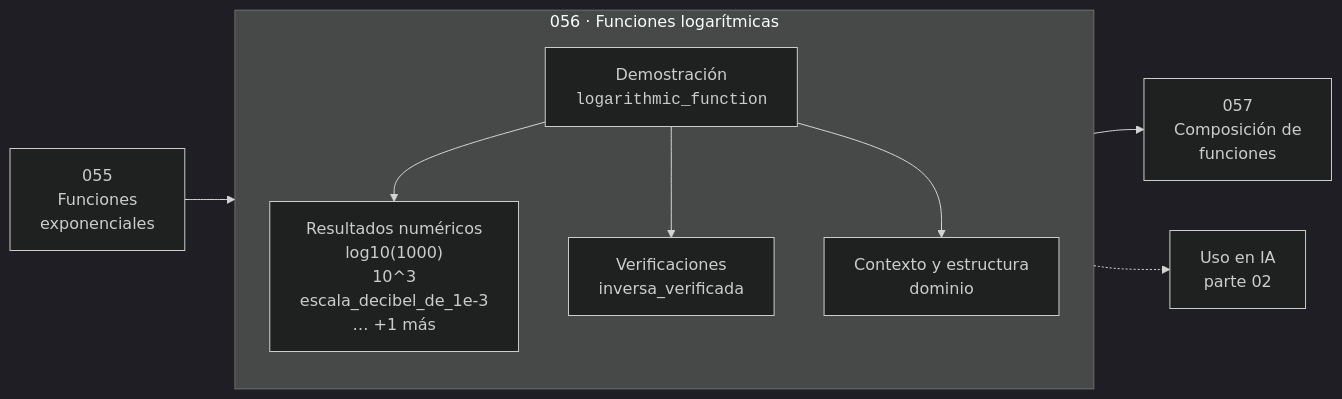
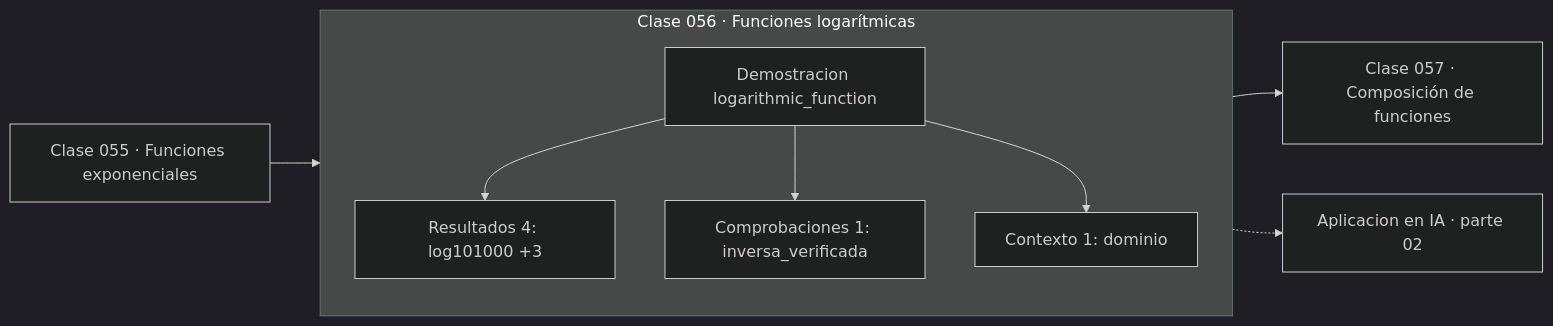
Before and after one commit to vladimiracunadev-create/computational-mathematics-program: the diagram in classes/part-02-algebra-y-funciones/056-funciones-logaritmicas/README.md, drawn with Mermaid (dark theme). The commit also changed 389 other files, not shown here.

First line of the commit message:
fix(diagramas): elimina el HTML de las etiquetas Mermaid

````diff
--- a/classes/part-02-algebra-y-funciones/056-funciones-logaritmicas/README.md
+++ b/classes/part-02-algebra-y-funciones/056-funciones-logaritmicas/README.md
@@ -35,12 +35,13 @@
 ```mermaid
 flowchart LR
-    P["055<br/>Funciones<br/>exponenciales"] --> C
-    subgraph C["056 · Funciones logarítmicas"]
+    P["Clase 055 · Funciones exponenciales"] --> D
+    subgraph CLASE["Clase 056 · Funciones logarítmicas"]
         direction TB
-        D["Demostración<br/><code>logarithmic_function</code>"] --> R["Resultados numéricos<br/>log10(1000)<br/>10^3<br/>escala_decibel_de_1e-3<br/>… +1 más"]
-        D --> V["Verificaciones<br/>inversa_verificada"]
-        D --> O["Contexto y estructura<br/>dominio"]
+        D["Demostracion logarithmic_function"]
+        D --> R["Resultados 4: log101000 +3"]
+        D --> V["Comprobaciones 1: inversa_verificada"]
+        D --> O["Contexto 1: dominio"]
     end
-    C --> N["057<br/>Composición de<br/>funciones"]
-    C -.-> IA["Uso en IA<br/>parte 02"]
+    R --> N["Clase 057 · Composición de funciones"]
+    V -.-> IA["Aplicacion en IA · parte 02"]
 ```
````
